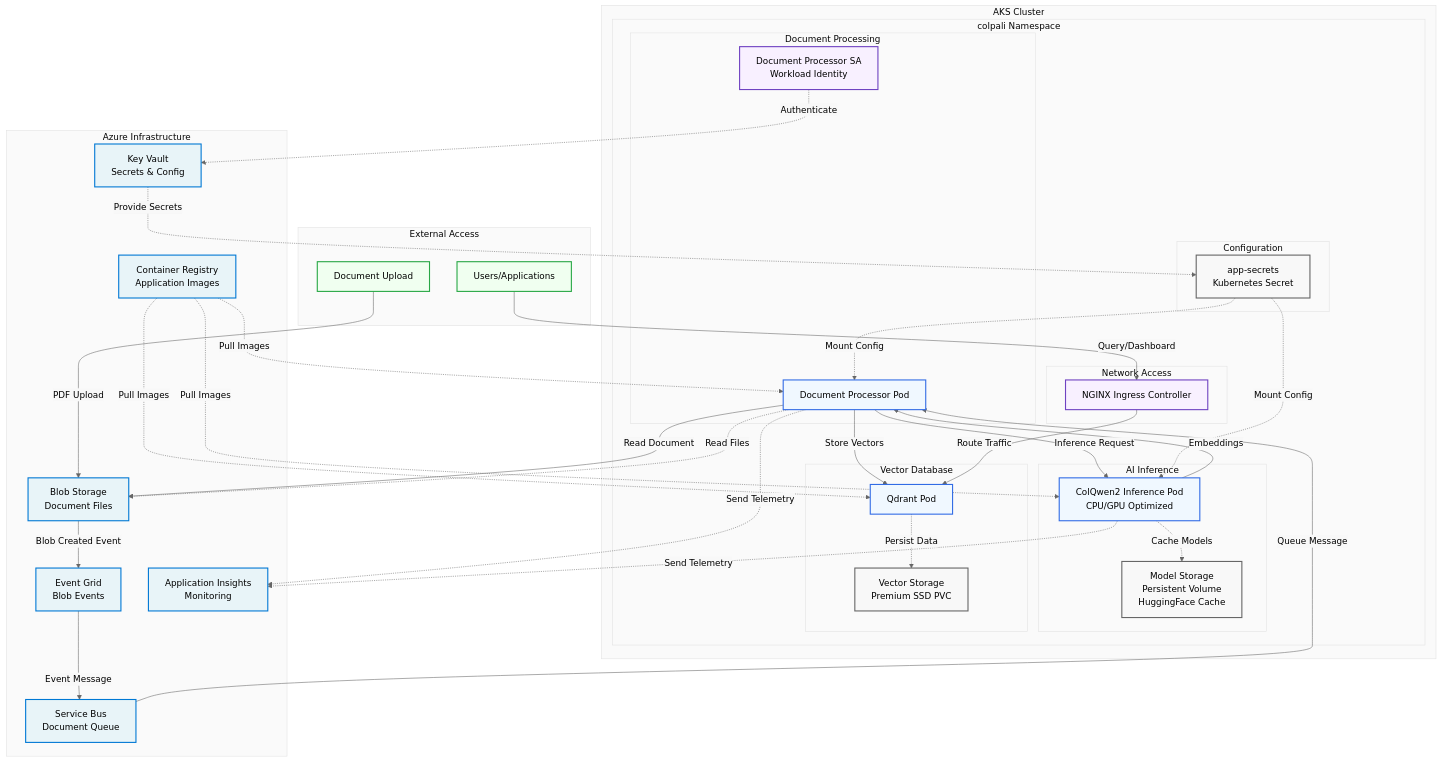
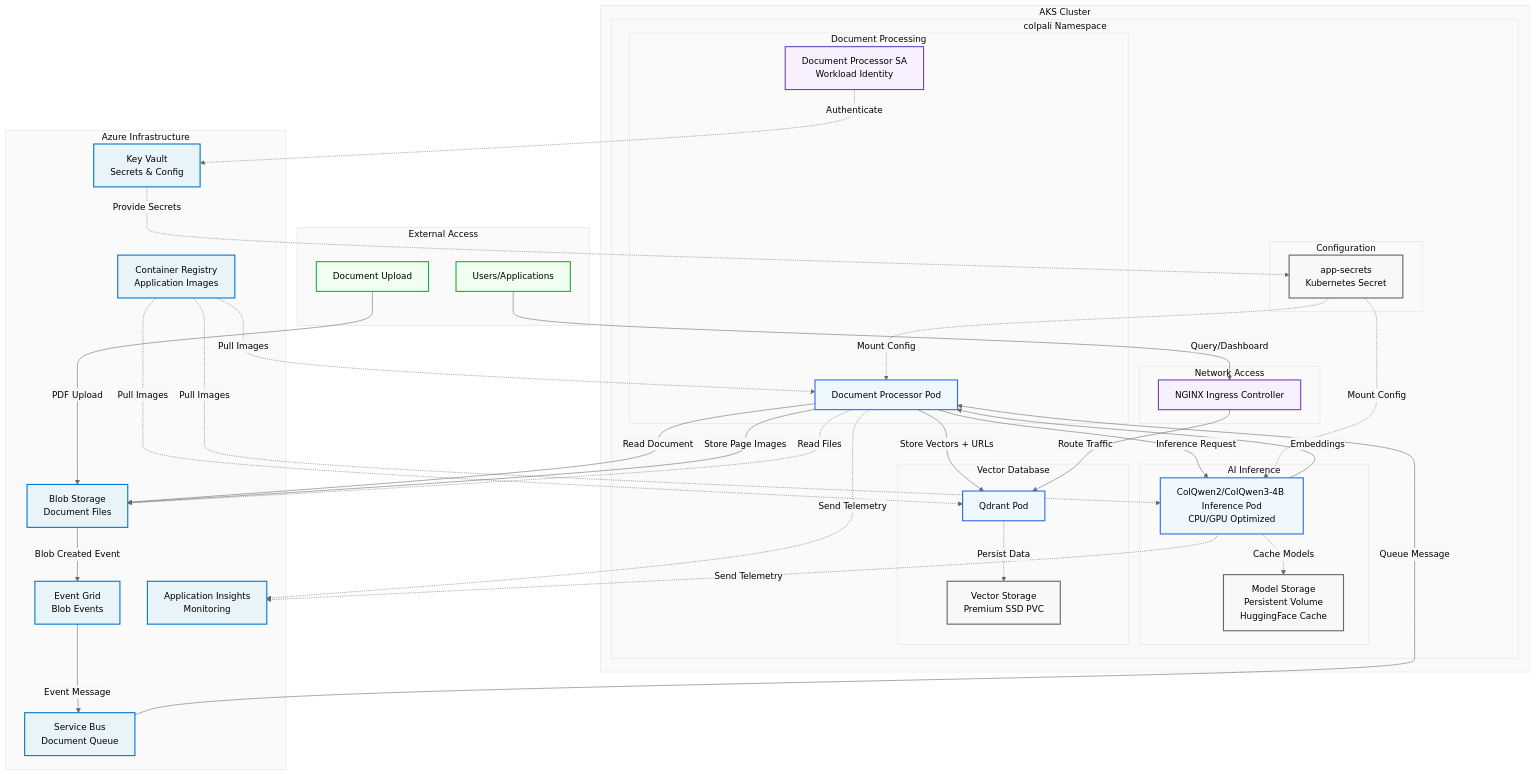
Before and after one commit to microsoft/multi-modal-rag-with-colpali: the diagram in modules/helm/colpali-stack/README.md, drawn with Mermaid. The commit also changed other lines of this file and 100 other files, not shown here.

```diff
--- a/modules/helm/colpali-stack/README.md
+++ b/modules/helm/colpali-stack/README.md
@@ -78,7 +100,7 @@
             end
 
             subgraph "AI Inference"
-                CI[ColQwen2 Inference Pod<br/>CPU/GPU Optimized]
+                CI[ColQwen2/ColQwen3-4B Inference Pod<br/>CPU/GPU Optimized]
                 HFPV[Model Storage<br/>Persistent Volume<br/>HuggingFace Cache]
             end
 
@@ -119,7 +141,8 @@
     DP -->|Read Document| ST
     DP -->|Inference Request| CI
     CI -->|Embeddings| DP
-    DP -->|Store Vectors| QD
+    DP -->|Store Page Images| ST
+    DP -->|Store Vectors + URLs| QD
     USER -->|Query/Dashboard| IG
     IG -->|Route Traffic| QD
 
```
